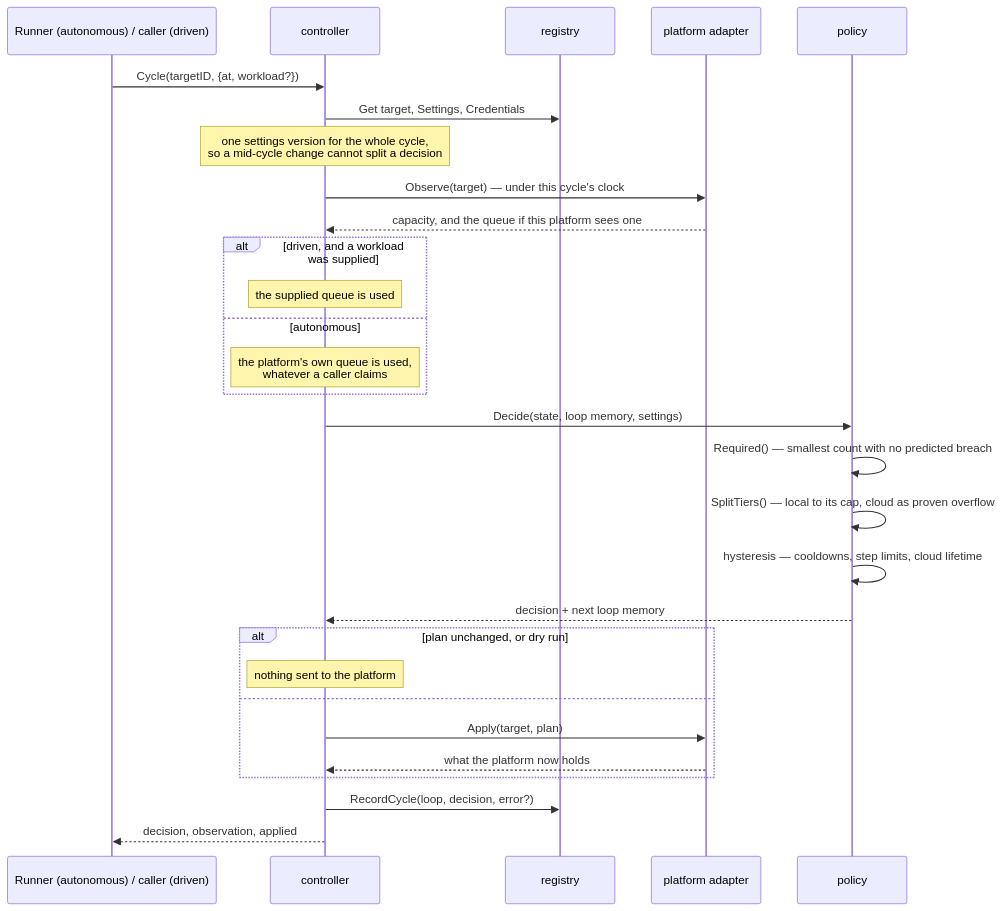
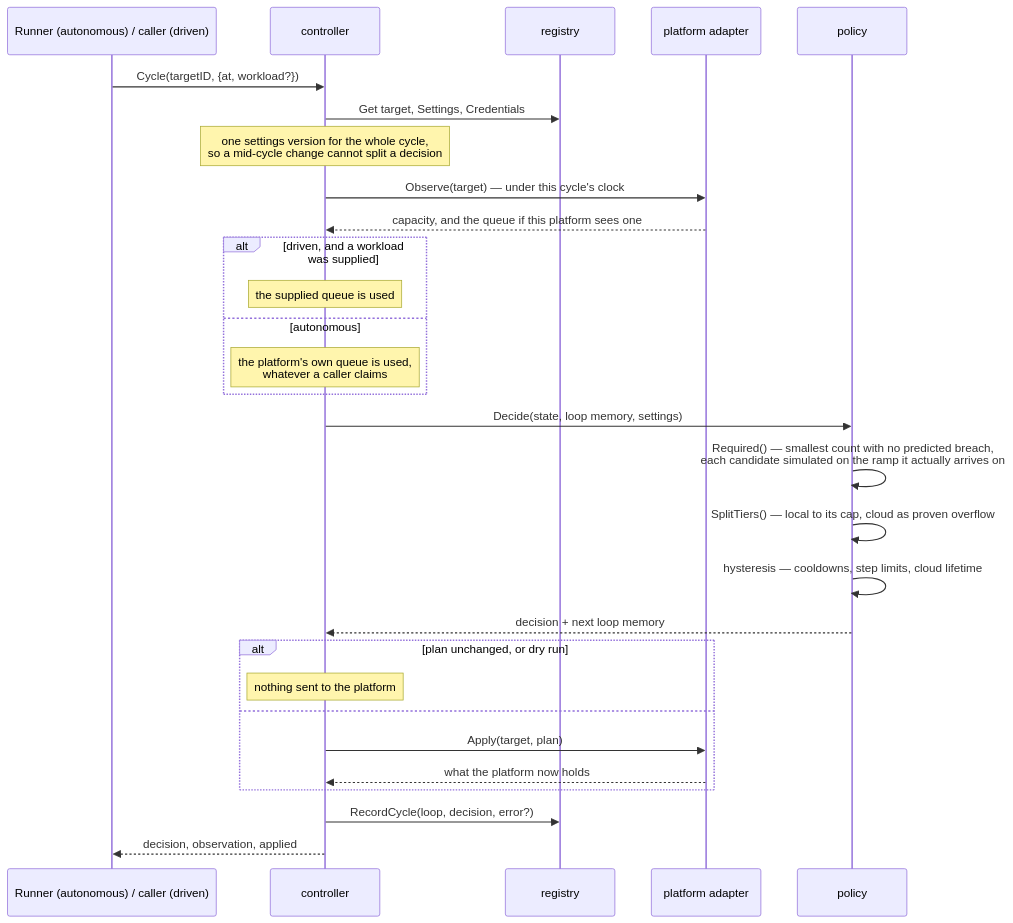
Before and after one commit to casperlundberg/autoscaler: the second of 4 diagrams in docs/interactions.md, drawn with Mermaid. The commit also changed 11 other files, not shown here.

````diff
--- a/docs/interactions.md
+++ b/docs/interactions.md
@@ -47,36 +47,36 @@
 ```mermaid
 sequenceDiagram
     participant Src as Runner (autonomous) / caller (driven)
     participant Ctl as controller
     participant Reg as registry
     participant Ad as platform adapter
     participant Pol as policy
 
     Src->>Ctl: Cycle(targetID, {at, workload?})
     Ctl->>Reg: Get target, Settings, Credentials
     Note over Ctl: one settings version for the whole cycle,<br/>so a mid-cycle change cannot split a decision
     Ctl->>Ad: Observe(target) — under this cycle's clock
     Ad-->>Ctl: capacity, and the queue if this platform sees one
 
     alt driven, and a workload was supplied
         Note over Ctl: the supplied queue is used
     else autonomous
         Note over Ctl: the platform's own queue is used,<br/>whatever a caller claims
     end
 
     Ctl->>Pol: Decide(state, loop memory, settings)
-    Pol->>Pol: Required() — smallest count with no predicted breach
+    Pol->>Pol: Required() — smallest count with no predicted breach,<br/>each candidate simulated on the ramp it actually arrives on
     Pol->>Pol: SplitTiers() — local to its cap, cloud as proven overflow
     Pol->>Pol: hysteresis — cooldowns, step limits, cloud lifetime
     Pol-->>Ctl: decision + next loop memory
 
     alt plan unchanged, or dry run
         Note over Ctl: nothing sent to the platform
     else
         Ctl->>Ad: Apply(target, plan)
         Ad-->>Ctl: what the platform now holds
     end
 
     Ctl->>Reg: RecordCycle(loop, decision, error?)
     Ctl-->>Src: decision, observation, applied
 ```
````
